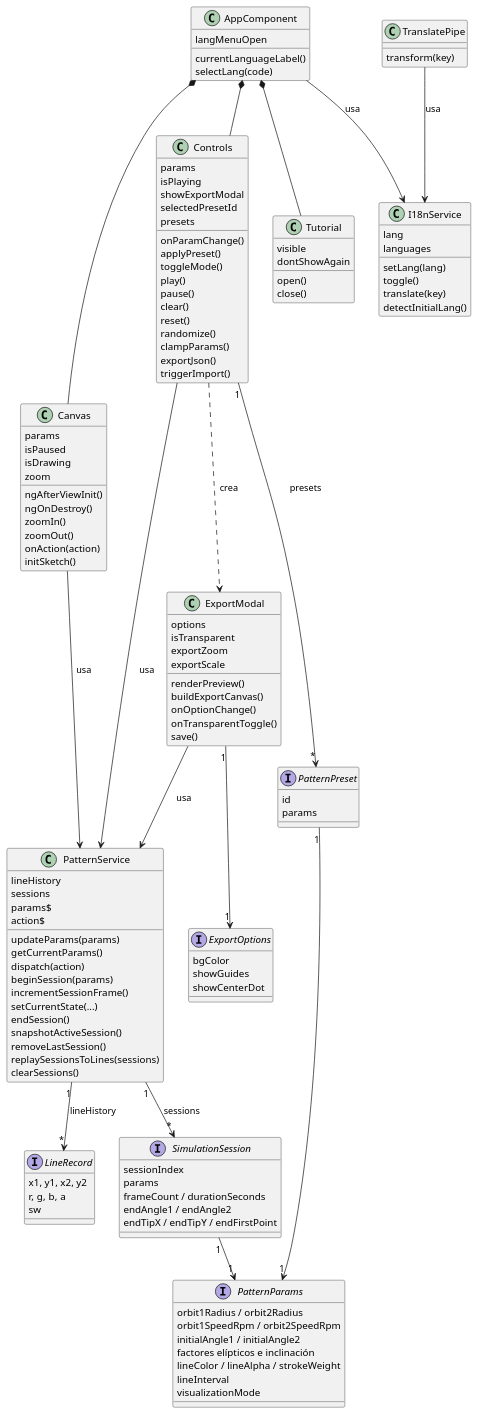
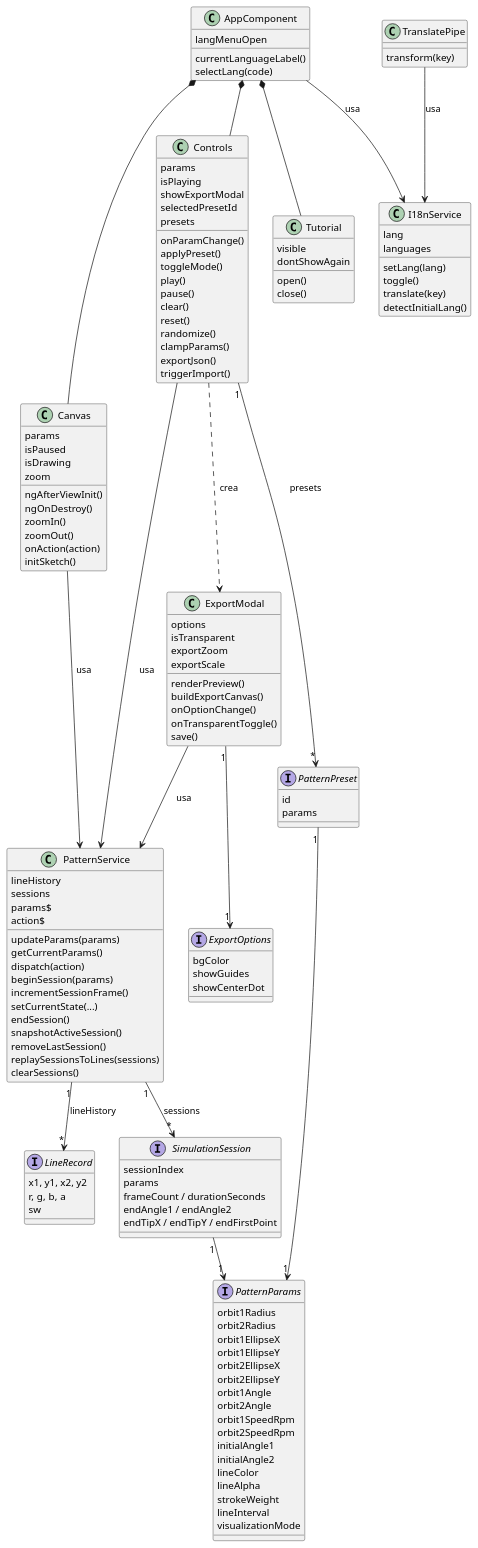
The second of 16 diagrams in claude/memoria-cap4-analisis.md (IgnacioMol/Epicycloid_generator), drawn with PlantUML before and after one commit. The commit also changed other lines of this file and 8 other files, not shown here.

```diff
--- a/claude/memoria-cap4-analisis.md
+++ b/claude/memoria-cap4-analisis.md
@@ -585,11 +588,21 @@
   transform(key)
 }
 interface PatternParams {
-  orbit1Radius / orbit2Radius
-  orbit1SpeedRpm / orbit2SpeedRpm
-  initialAngle1 / initialAngle2
-  factores elípticos e inclinación
-  lineColor / lineAlpha / strokeWeight
+  orbit1Radius
+  orbit2Radius
+  orbit1EllipseX
+  orbit1EllipseY
+  orbit2EllipseX
+  orbit2EllipseY
+  orbit1Angle
+  orbit2Angle
+  orbit1SpeedRpm
+  orbit2SpeedRpm
+  initialAngle1
+  initialAngle2
+  lineColor
+  lineAlpha
+  strokeWeight
   lineInterval
   visualizationMode
 }
```
